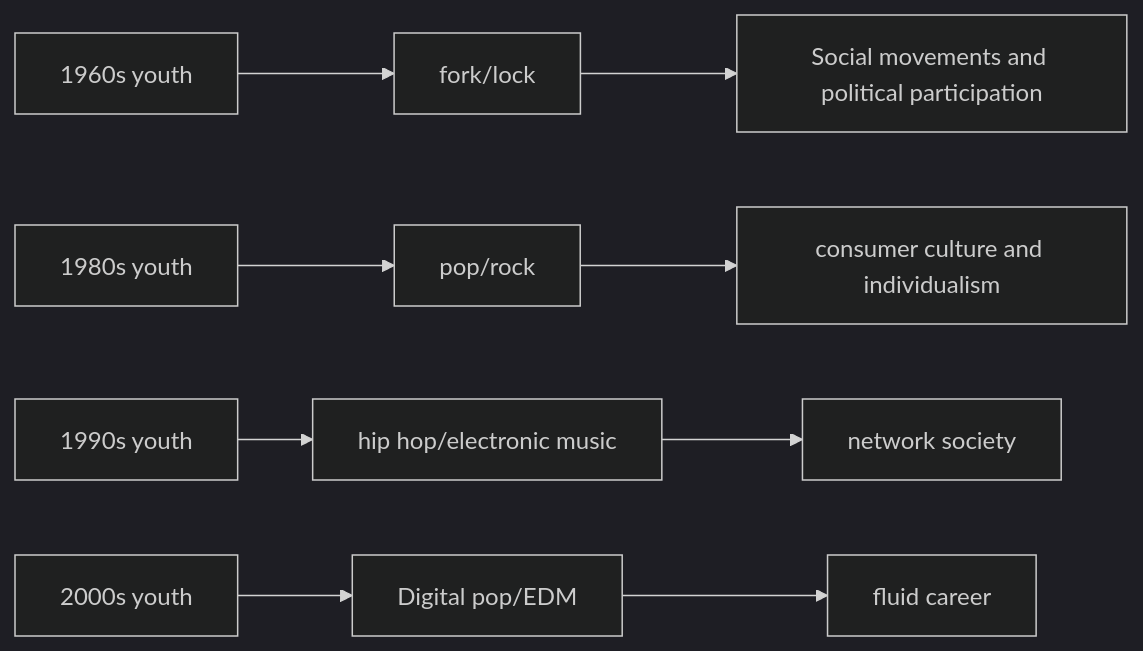
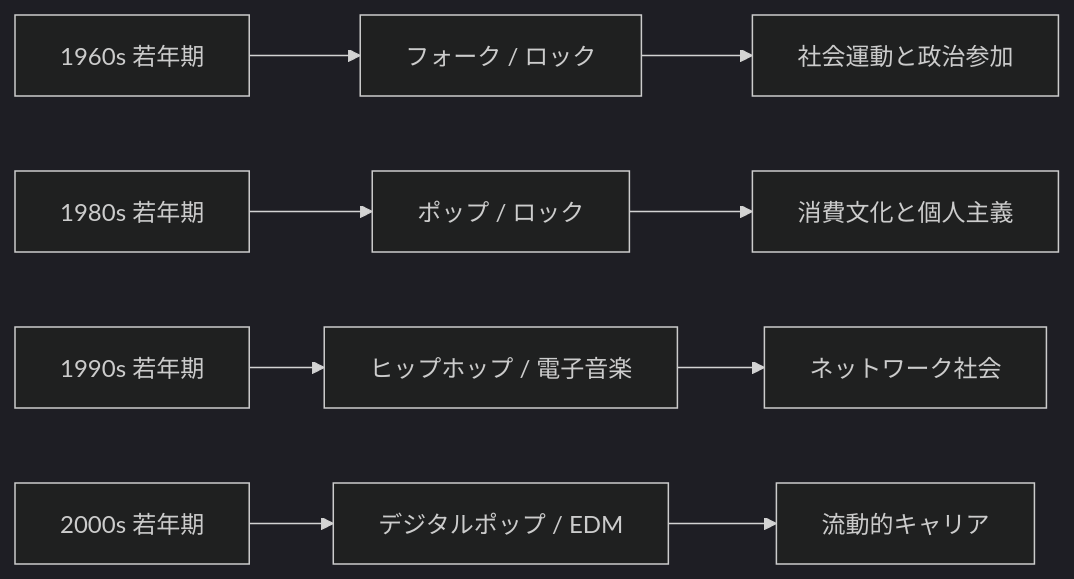
The first of 2 diagrams in en/_posts/2026-02-14-column-sociology-youth-culture-generation.md (monumental-movement/monumental-movement.github.io), drawn with Mermaid (dark theme) before and after one commit. The commit also changed other lines of this file and 775 other files, not shown here.

```diff
--- a/en/_posts/2026-02-14-column-sociology-youth-culture-generation.md
+++ b/en/_posts/2026-02-14-column-sociology-youth-culture-generation.md
@@ -179,11 +178,11 @@
 <div class="mermaid">
 flowchart LR
-A[1960s youth] --> B[fork/lock]
-B --> C[Social movements and political participation]
-D[1980s youth] --> E[pop/rock]
-E --> F[consumer culture and individualism]
-G[1990s youth] --> H[hip hop/electronic music]
-H --> I[network society]
-J[2000s youth] --> K[Digital pop/EDM]
-K --> L[fluid career]
+A[1960s 若年期] --> B[フォーク / ロック]
+B --> C[社会運動と政治参加]
+D[1980s 若年期] --> E[ポップ / ロック]
+E --> F[消費文化と個人主義]
+G[1990s 若年期] --> H[ヒップホップ / 電子音楽]
+H --> I[ネットワーク社会]
+J[2000s 若年期] --> K[デジタルポップ / EDM]
+K --> L[流動的キャリア]
 </div>
```
